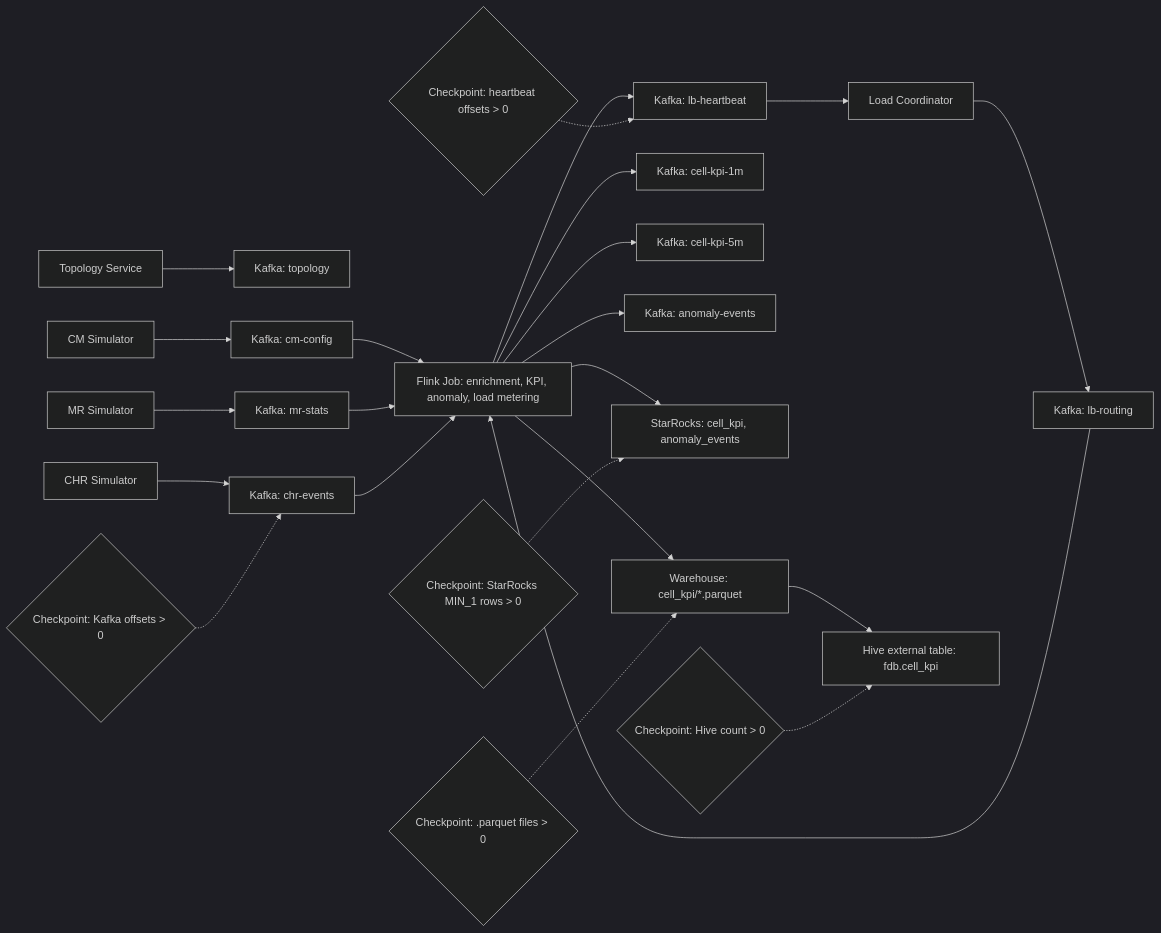
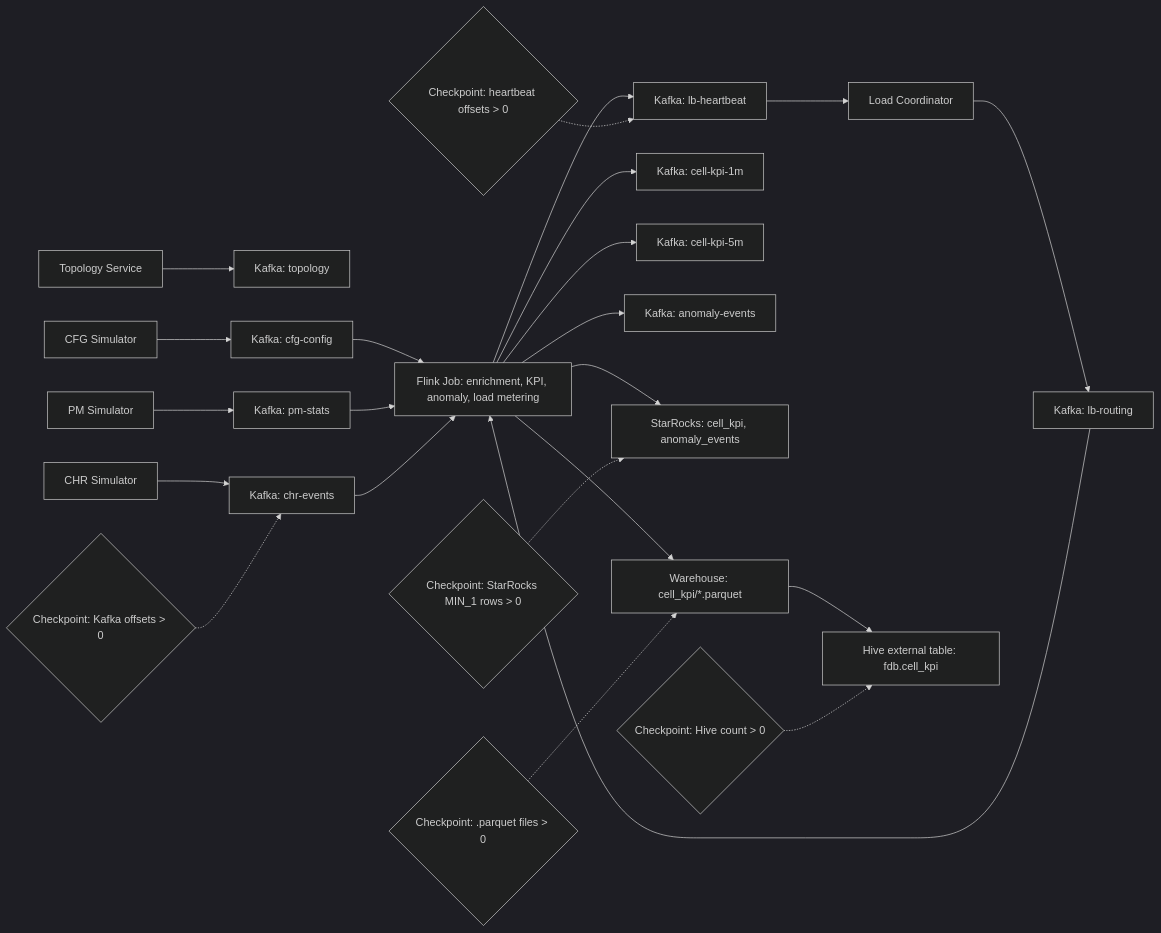
Before and after one commit to w00125533/flink-data-balance: the diagram in README.md, drawn with Mermaid (dark theme). The commit also changed other lines of this file and 26 other files, not shown here.

````diff
--- a/README.md
+++ b/README.md
@@ -251,29 +251,29 @@
 ```mermaid
 flowchart LR
     TG["Topology Service"] --> KTopology["Kafka: topology"]
-    CM["CM Simulator"] --> KCM["Kafka: cm-config"]
-    MR["MR Simulator"] --> KMR["Kafka: mr-stats"]
+    Cfg["CFG Simulator"] --> KCfg["Kafka: cfg-config"]
+    Pm["PM Simulator"] --> KPm["Kafka: pm-stats"]
     CHR["CHR Simulator"] --> KCHR["Kafka: chr-events"]
 
-    KCM --> Flink["Flink Job: enrichment, KPI, anomaly, load metering"]
-    KMR --> Flink
+    KCfg --> Flink["Flink Job: enrichment, KPI, anomaly, load metering"]
+    KPm --> Flink
     KCHR --> Flink
     KRouting["Kafka: lb-routing"] --> Flink
 
     Flink --> KHeartbeat["Kafka: lb-heartbeat"]
     KHeartbeat --> Coordinator["Load Coordinator"]
     Coordinator --> KRouting
 
     Flink --> KKpi1m["Kafka: cell-kpi-1m"]
     Flink --> KKpi5m["Kafka: cell-kpi-5m"]
     Flink --> KAnomaly["Kafka: anomaly-events"]
     Flink --> StarRocks["StarRocks: cell_kpi, anomaly_events"]
     Flink --> Parquet["Warehouse: cell_kpi/*.parquet"]
     Parquet --> Hive["Hive external table: fdb.cell_kpi"]
 
     CheckKafka{"Checkpoint: Kafka offsets > 0"} -.-> KCHR
     CheckStarRocks{"Checkpoint: StarRocks MIN_1 rows > 0"} -.-> StarRocks
     CheckHeartbeat{"Checkpoint: heartbeat offsets > 0"} -.-> KHeartbeat
     CheckParquet{"Checkpoint: .parquet files > 0"} -.-> Parquet
     CheckHive{"Checkpoint: Hive count > 0"} -.-> Hive
 ```
````
